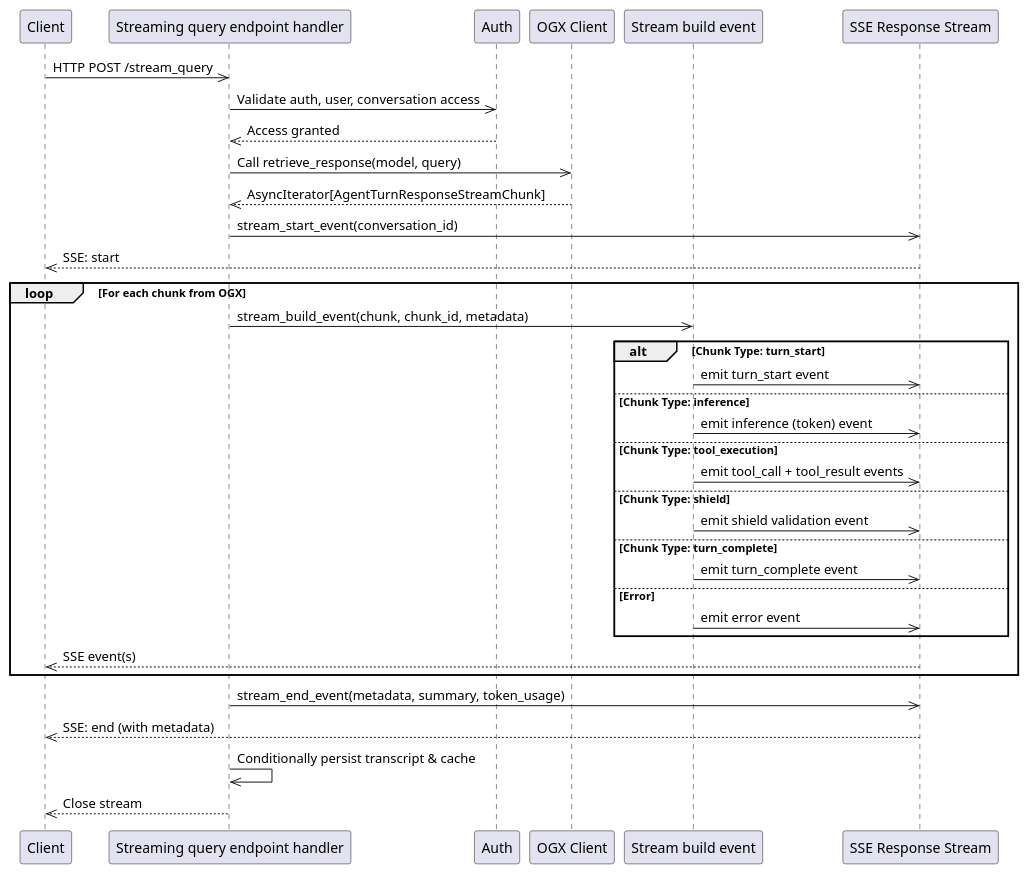
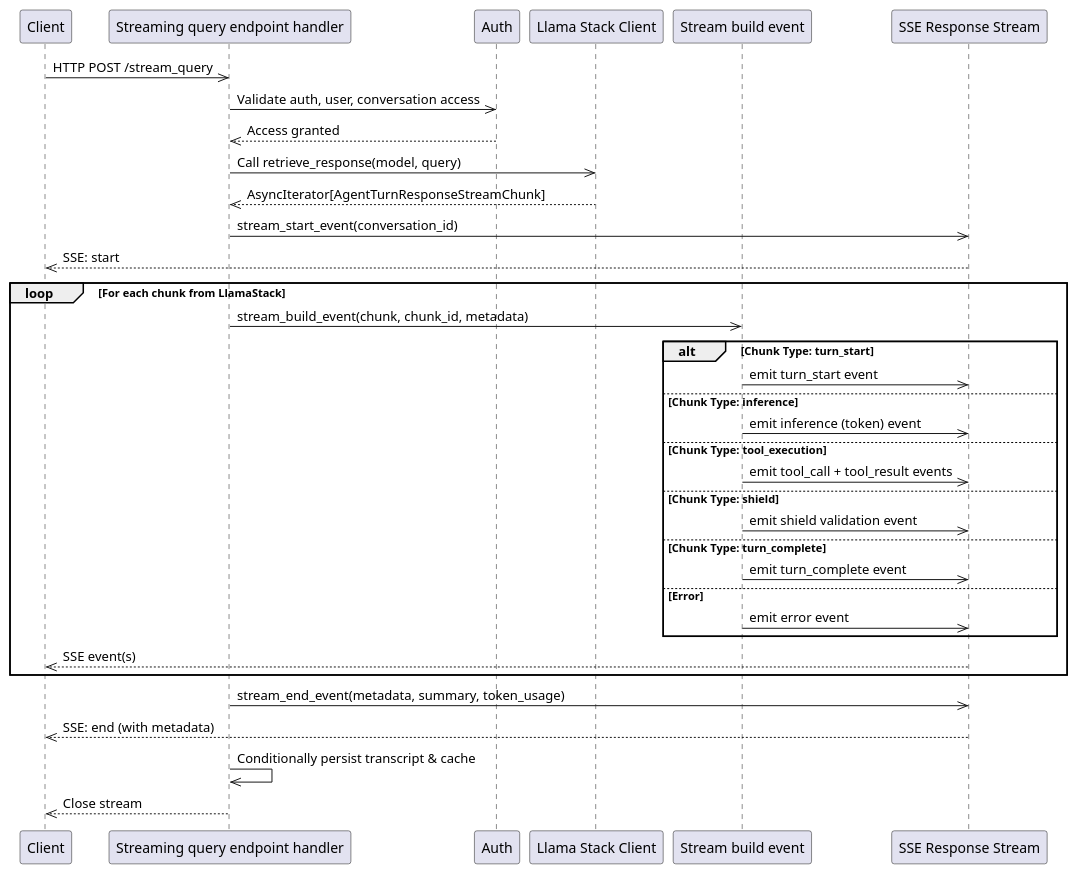
Before and after one commit to lightspeed-core/lightspeed-stack: the diagram in docs/devel_doc/streaming_query_endpoint.puml, drawn with PlantUML. The commit also changed 615 other files, not shown here.

```diff
--- a/docs/devel_doc/streaming_query_endpoint.puml
+++ b/docs/devel_doc/streaming_query_endpoint.puml
@@ -1,43 +1,43 @@
 @startuml
 
 participant Client
 participant Endpoint as "Streaming query endpoint handler"
 participant Auth
-participant OGX as "OGX Client"
+participant LlamaStack as "Llama Stack Client"
 participant EventHandler as "Stream build event"
 participant SSE as "SSE Response Stream"
 
 Client->>Endpoint: HTTP POST /stream_query
 Endpoint->>Auth: Validate auth, user, conversation access
 Auth-->>Endpoint: Access granted
-Endpoint->>OGX: Call retrieve_response(model, query)
-OGX-->>Endpoint: AsyncIterator[AgentTurnResponseStreamChunk]
+Endpoint->>LlamaStack: Call retrieve_response(model, query)
+LlamaStack-->>Endpoint: AsyncIterator[AgentTurnResponseStreamChunk]
 
 Endpoint->>SSE: stream_start_event(conversation_id)
 SSE-->>Client: SSE: start
 
-loop For each chunk from OGX
+loop For each chunk from LlamaStack
     Endpoint->>EventHandler: stream_build_event(chunk, chunk_id, metadata)
     alt Chunk Type: turn_start
         EventHandler->>SSE: emit turn_start event
     else Chunk Type: inference
         EventHandler->>SSE: emit inference (token) event
     else Chunk Type: tool_execution
         EventHandler->>SSE: emit tool_call + tool_result events
     else Chunk Type: shield
         EventHandler->>SSE: emit shield validation event
     else Chunk Type: turn_complete
         EventHandler->>SSE: emit turn_complete event
     else Error
         EventHandler->>SSE: emit error event
     end
     SSE-->>Client: SSE event(s)
 end
 
 Endpoint->>SSE: stream_end_event(metadata, summary, token_usage)
 SSE-->>Client: SSE: end (with metadata)
 
 Endpoint->>Endpoint: Conditionally persist transcript & cache
 Endpoint-->>Client: Close stream
 
 @enduml
```
